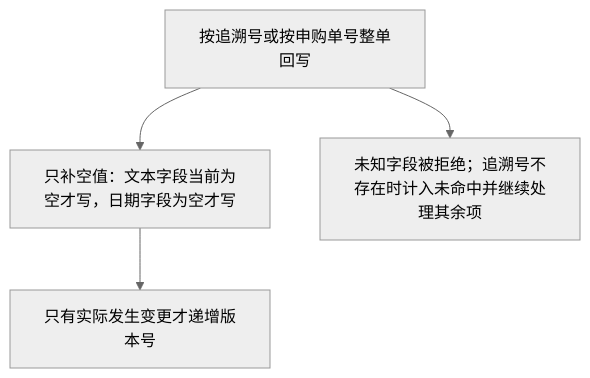
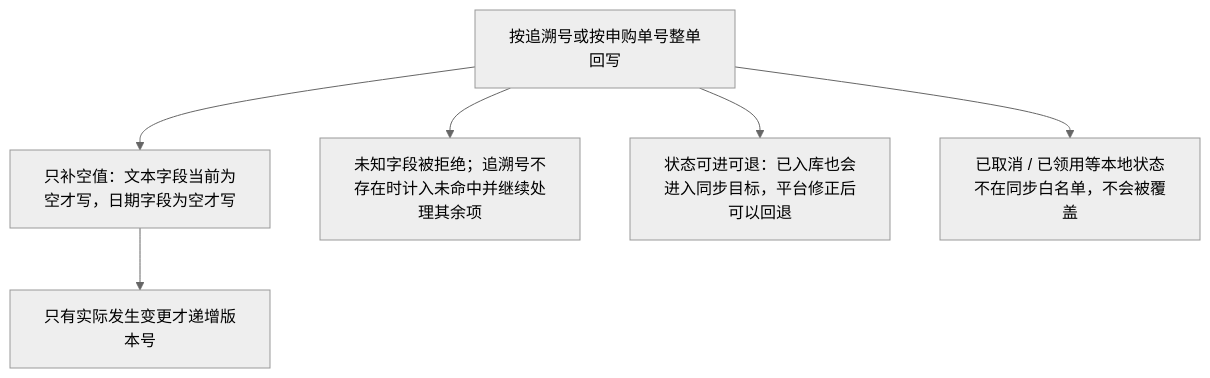
One commit to Sakana-1314/Electrical-Manager changed the fifth of 23 diagrams in docs/websites/pages/dev-state-machines.md. Above: the diagram before and after it, drawn with Mermaid (neutral theme). The commit also changed other lines of this file and 8 other files, not shown here.

````diff
--- a/docs/websites/pages/dev-state-machines.md
+++ b/docs/websites/pages/dev-state-machines.md
@@ -112,6 +112,8 @@
 ```mermaid
 flowchart TD
     A["按追溯号或按申购单号整单回写"] --> B["只补空值：文本字段当前为空才写，日期字段为空才写"]
     B --> C["只有实际发生变更才递增版本号"]
     A --> D["未知字段被拒绝；追溯号不存在时计入未命中并继续处理其余项"]
+    A --> E["状态可进可退：已入库也会进入同步目标，平台修正后可以回退"]
+    A --> F["已取消 / 已领用等本地状态不在同步白名单，不会被覆盖"]
 ```
````
